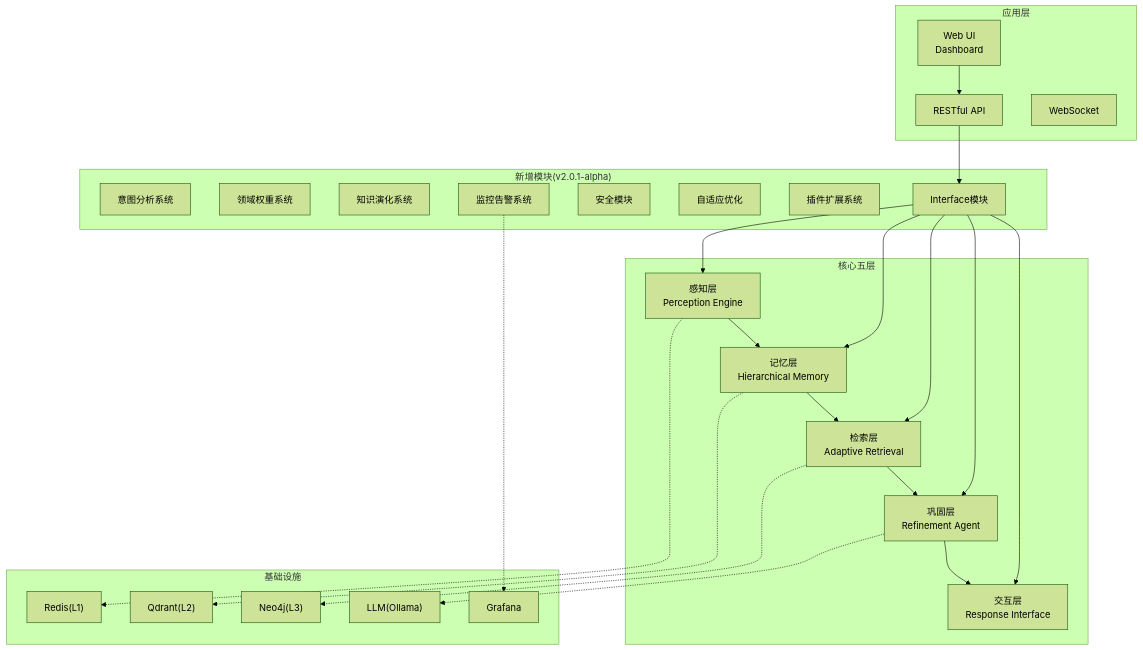
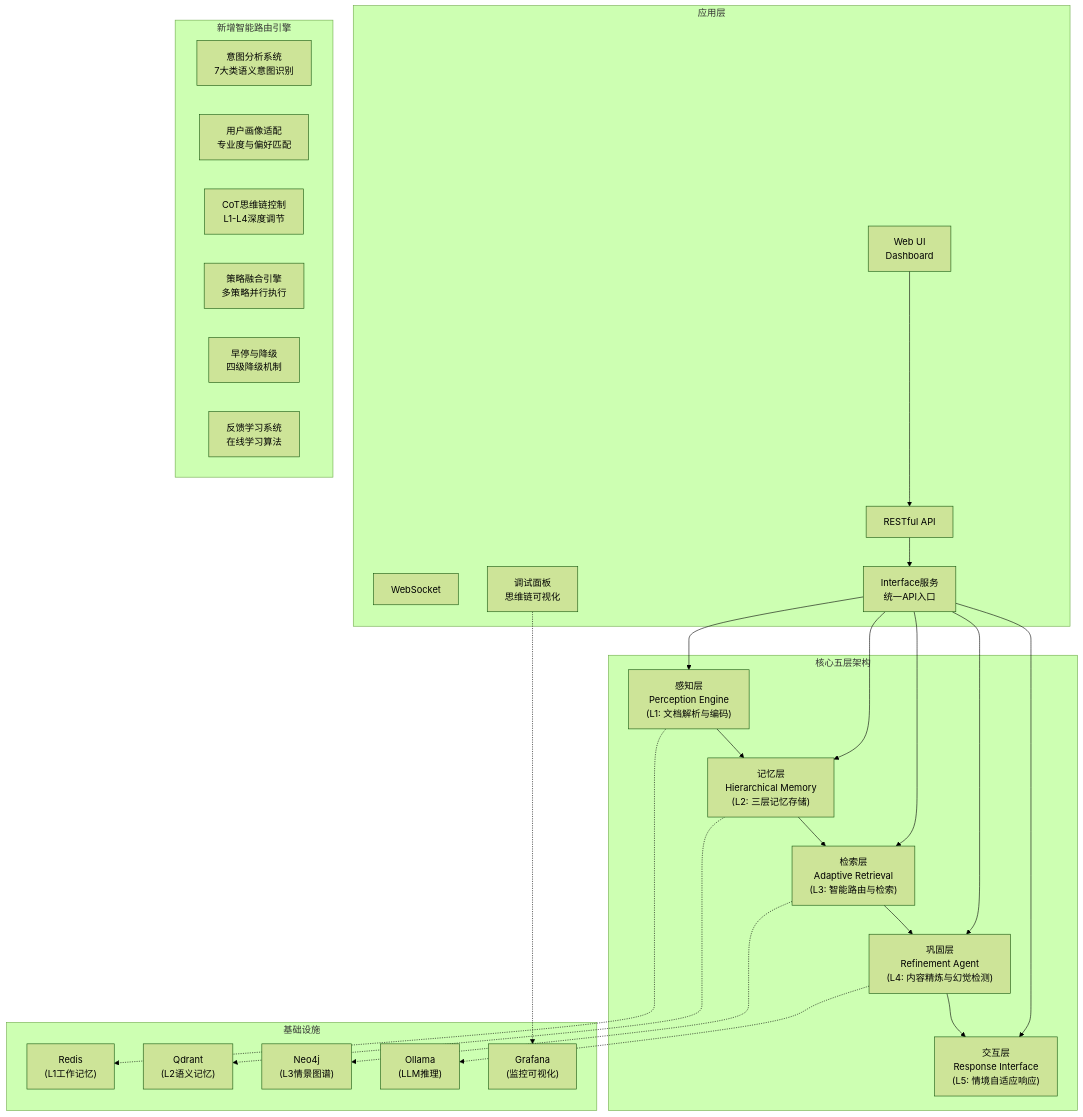
The first of 4 diagrams in .qoder/repowiki/zh/content/项目概述/快速开始指南.md (JieGaoPrinceton/NecoRAG), drawn with Mermaid (forest theme) before and after one commit. The commit also changed other lines of this file and 70 other files, not shown here.

````diff
--- a/.qoder/repowiki/zh/content/项目概述/快速开始指南.md
+++ b/.qoder/repowiki/zh/content/项目概述/快速开始指南.md
@@ -38,48 +46,48 @@
 ```mermaid
 graph TB
 subgraph "应用层"
 UI["Web UI<br/>Dashboard"]
 API["RESTful API"]
 WS["WebSocket"]
+DEBUG["调试面板<br/>思维链可视化"]
+ENDPOINT["Interface服务<br/>统一API入口"]
 end
-subgraph "核心五层"
-L1["感知层<br/>Perception Engine"]
-L2["记忆层<br/>Hierarchical Memory"]
-L3["检索层<br/>Adaptive Retrieval"]
-L4["巩固层<br/>Refinement Agent"]
-L5["交互层<br/>Response Interface"]
+subgraph "核心五层架构"
+L1["感知层<br/>Perception Engine<br/>(L1: 文档解析与编码)"]
+L2["记忆层<br/>Hierarchical Memory<br/>(L2: 三层记忆存储)"]
+L3["检索层<br/>Adaptive Retrieval<br/>(L3: 智能路由与检索)"]
+L4["巩固层<br/>Refinement Agent<br/>(L4: 内容精炼与幻觉检测)"]
+L5["交互层<br/>Response Interface<br/>(L5: 情境自适应响应)"]
 end
-subgraph "新增模块(v2.0.1-alpha)"
-INTENT["意图分析系统"]
-DOMAIN["领域权重系统"]
-EVOL["知识演化系统"]
-MON["监控告警系统"]
-SEC["安全模块"]
-ADAPT["自适应优化"]
-PLUG["插件扩展系统"]
-IFACE["Interface模块"]
+subgraph "新增智能路由引擎"
+INTENT["意图分析系统<br/>7大类语义意图识别"]
+USER["用户画像适配<br/>专业度与偏好匹配"]
+COT["CoT思维链控制<br/>L1-L4深度调节"]
+STRATEGY["策略融合引擎<br/>多策略并行执行"]
+EARLYSTOP["早停与降级<br/>四级降级机制"]
+FEEDBACK["反馈学习系统<br/>在线学习算法"]
 end
 subgraph "基础设施"
-REDIS["Redis(L1)"]
-QDRANT["Qdrant(L2)"]
-NEO4J["Neo4j(L3)"]
-OLLAMA["LLM(Ollama)"]
-GRAFANA["Grafana"]
+REDIS["Redis<br/>(L1工作记忆)"]
+QDRANT["Qdrant<br/>(L2语义记忆)"]
+NEO4J["Neo4j<br/>(L3情景图谱)"]
+OLLAMA["Ollama<br/>(LLM推理)"]
+GRAFANA["Grafana<br/>(监控可视化)"]
 end
 UI --> API
-API --> IFACE
-IFACE --> L1
-IFACE --> L2
-IFACE --> L3
-IFACE --> L4
-IFACE --> L5
+API --> ENDPOINT
+ENDPOINT --> L1
+ENDPOINT --> L2
+ENDPOINT --> L3
+ENDPOINT --> L4
+ENDPOINT --> L5
 L1 --> L2
 L2 --> L3
 L3 --> L4
 L4 --> L5
 L1 -.-> REDIS
 L2 -.-> QDRANT
 L3 -.-> NEO4J
 L4 -.-> OLLAMA
-MON -.-> GRAFANA
+DEBUG -.-> GRAFANA
 ```
````
